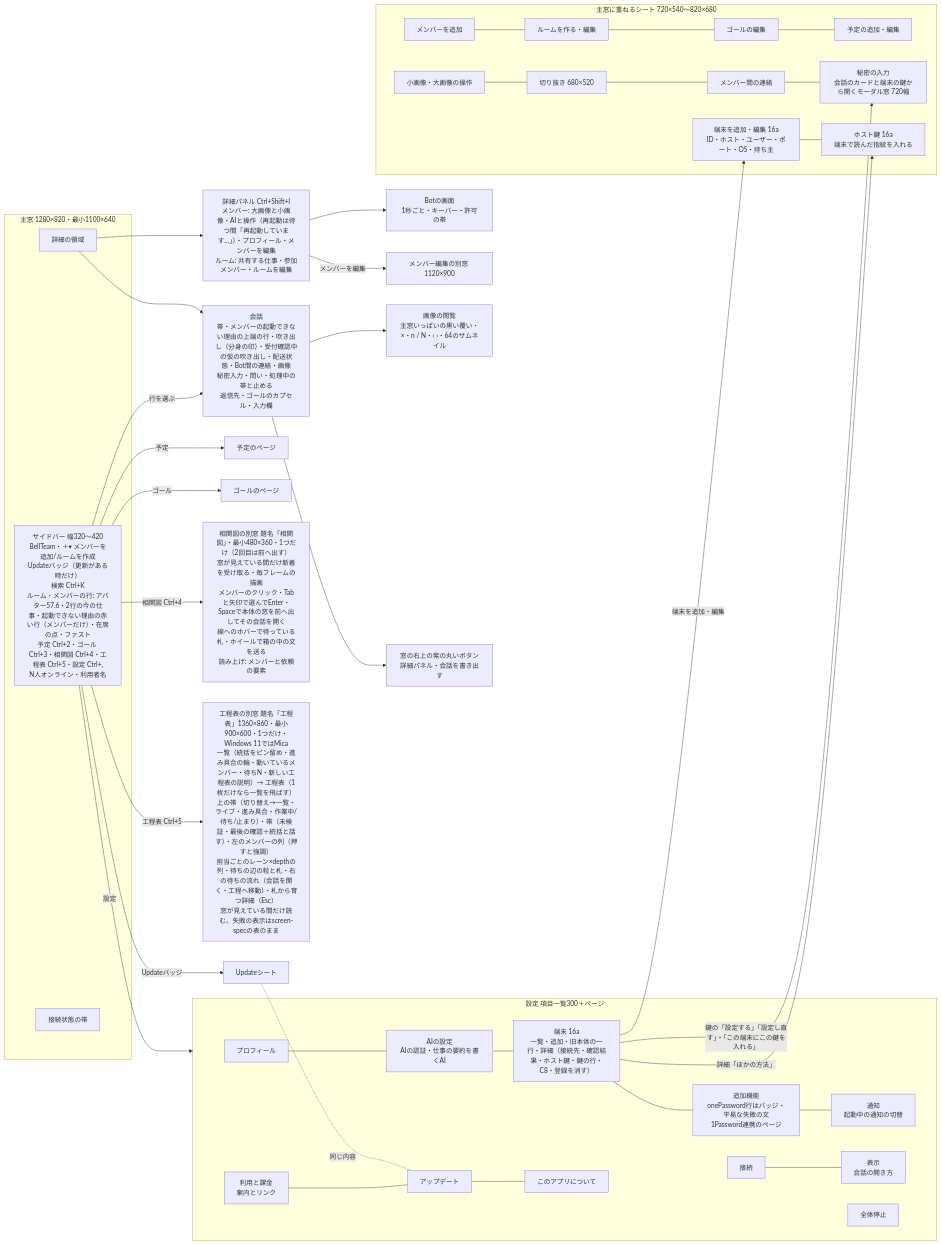
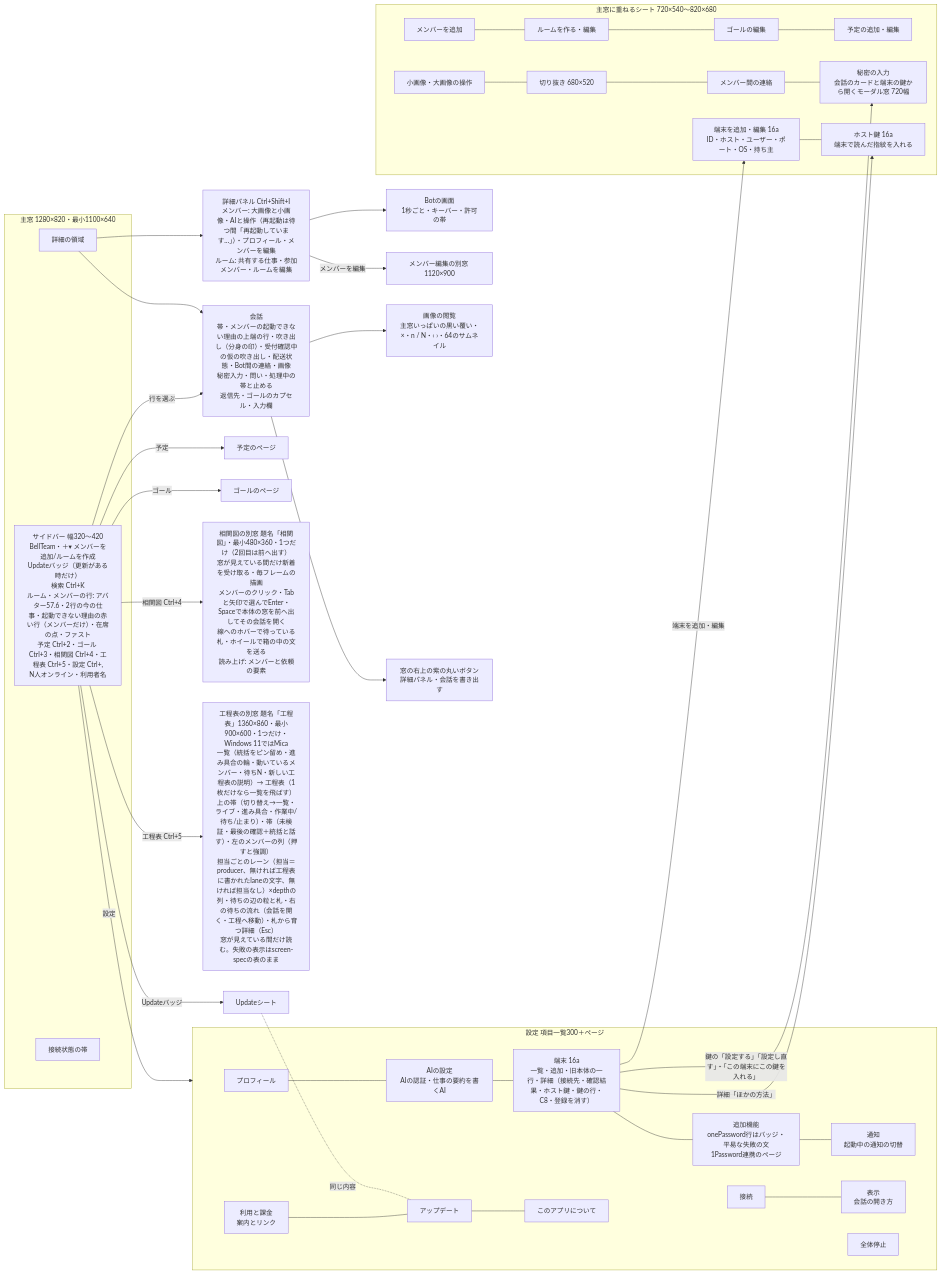
The second of 5 diagrams in docs/windows-architecture.md (kitepon/BellTeam), drawn with Mermaid before and after one commit. The commit also changed other lines of this file and 7 other files, not shown here.

First line of the commit message:
Windows 工程表: owner = producer, else the authored lane text; card note stacked under the title

````diff
--- a/docs/windows-architecture.md
+++ b/docs/windows-architecture.md
@@ -25,36 +25,36 @@
 ```mermaid
 flowchart LR
   subgraph Main[主窓 1280×820・最小1100×640]
     Sidebar[サイドバー 幅320〜420<br/>BellTeam・＋▾ メンバーを追加/ルームを作成<br/>Updateバッジ（更新がある時だけ）<br/>検索 Ctrl+K<br/>ルーム・メンバーの行: アバター57.6・2行の今の仕事・起動できない理由の赤い行（メンバーだけ）・在席の点・ファスト<br/>予定 Ctrl+2・ゴール Ctrl+3・相関図 Ctrl+4・工程表 Ctrl+5・設定 Ctrl+,<br/>N人オンライン・利用者名]
     Detail[詳細の領域]
     Status[接続状態の帯]
   end
   Sidebar -->|行を選ぶ| Conversation
   Sidebar -->|予定| Schedules[予定のページ]
   Sidebar -->|ゴール| Goals[ゴールのページ]
   Sidebar -->|設定| Settings
   Sidebar -->|相関図 Ctrl+4| WorkGraphWindow[相関図の別窓 題名「相関図」・最小480×360・1つだけ（2回目は前へ出す）<br/>窓が見えている間だけ新着を受け取る・毎フレームの描画<br/>メンバーのクリック・Tabと矢印で選んでEnter・Spaceで本体の窓を前へ出してその会話を開く<br/>線へのホバーで待っている札・ホイールで箱の中の文を送る<br/>読み上げ: メンバーと依頼の要素]
-  Sidebar -->|工程表 Ctrl+5| LatticeWindow[工程表の別窓 題名「工程表」1360×860・最小900×600・1つだけ・Windows 11ではMica<br/>一覧（統括をピン留め・進み具合の輪・動いているメンバー・待ちN・新しい工程表の説明）→ 工程表（1枚だけなら一覧を飛ばす）<br/>上の帯（切り替え→一覧・ライブ・進み具合・作業中/待ち/止まり）・帯（未検証・最後の確認＋統括と話す）・左のメンバーの列（押すと強調）<br/>担当ごとのレーン×depthの列・待ちの辺の粒と札・右の待ちの流れ（会話を開く・工程へ移動）・札から育つ詳細（Esc）<br/>窓が見えている間だけ読む。失敗の表示はscreen-specの表のまま]
+  Sidebar -->|工程表 Ctrl+5| LatticeWindow[工程表の別窓 題名「工程表」1360×860・最小900×600・1つだけ・Windows 11ではMica<br/>一覧（統括をピン留め・進み具合の輪・動いているメンバー・待ちN・新しい工程表の説明）→ 工程表（1枚だけなら一覧を飛ばす）<br/>上の帯（切り替え→一覧・ライブ・進み具合・作業中/待ち/止まり）・帯（未検証・最後の確認＋統括と話す）・左のメンバーの列（押すと強調）<br/>担当ごとのレーン（担当＝producer、無ければ工程表に書かれたlaneの文字、無ければ担当なし）×depthの列・待ちの辺の粒と札・右の待ちの流れ（会話を開く・工程へ移動）・札から育つ詳細（Esc）<br/>窓が見えている間だけ読む。失敗の表示はscreen-specの表のまま]
   Sidebar -->|Updateバッジ| UpdateSheet[Updateシート]
   Detail --> Conversation[会話<br/>帯・メンバーの起動できない理由の上端の行・吹き出し（分身の印）・受付確認中の仮の吹き出し・配送状態・Bot間の連絡・画像<br/>秘密入力・問い・処理中の帯と止める<br/>返信先・ゴールのカプセル・入力欄]
   Detail --> Inspector[詳細パネル Ctrl+Shift+I<br/>メンバー: 大画像と小画像・AIと操作（再起動は待つ間「再起動しています…」）・プロフィール・メンバーを編集<br/>ルーム: 共有する仕事・参加メンバー・ルームを編集]
   Inspector --> Screen[Botの画面<br/>1秒ごと・キーバー・許可の帯]
   subgraph Settings[設定 項目一覧300＋ページ]
     S1[プロフィール] --- S2[AIの設定<br/>AIの認証・仕事の要約を書くAI] --- ST[端末 16a<br/>一覧・追加・旧本体の一行・詳細（接続先・確認結果・ホスト鍵・鍵の行・C8・登録を消す）] --- S3[追加機能<br/>onePassword行はバッジ・平易な失敗の文<br/>1Password連携のページ] --- S4[通知<br/>起動中の通知の切替]
     S5[接続] --- S6[表示<br/>会話の開き方]
     S7[利用と課金<br/>案内とリンク] --- S8[アップデート] --- S9[このアプリについて]
     S10[全体停止]
   end
   subgraph Sheets[主窓に重ねるシート 720×540〜820×680]
     MemberSheet[メンバーを追加] --- RoomSheet[ルームを作る・編集] --- GoalSheet[ゴールの編集] --- ScheduleSheet[予定の追加・編集]
     ImageSheet[小画像・大画像の操作] --- Crop[切り抜き 680×520] --- PeerSheet[メンバー間の連絡] --- SecretSheet[秘密の入力<br/>会話のカードと端末の鍵から開くモーダル窓 720幅]
     TerminalSheet[端末を追加・編集 16a<br/>ID・ホスト・ユーザー・ポート・OS・持ち主] --- HostKeySheet[ホスト鍵 16a<br/>端末で読んだ指紋を入れる]
   end
   ST -->|端末を追加・編集| TerminalSheet
   ST -->|詳細「ほかの方法」| HostKeySheet
   ST -->|鍵の「設定する」「設定し直す」・「この端末にこの鍵を入れる」| SecretSheet
   Inspector -->|メンバーを編集| MemberWindow[メンバー編集の別窓 1120×900]
   Conversation --> Gallery[画像の閲覧<br/>主窓いっぱいの黒い覆い・×・n / N・‹ ›・64のサムネイル]
   Conversation --> Corner[窓の右上の紫の丸いボタン<br/>詳細パネル・会話を書き出す]
   UpdateSheet -.同じ内容.- S8
 ```
````
